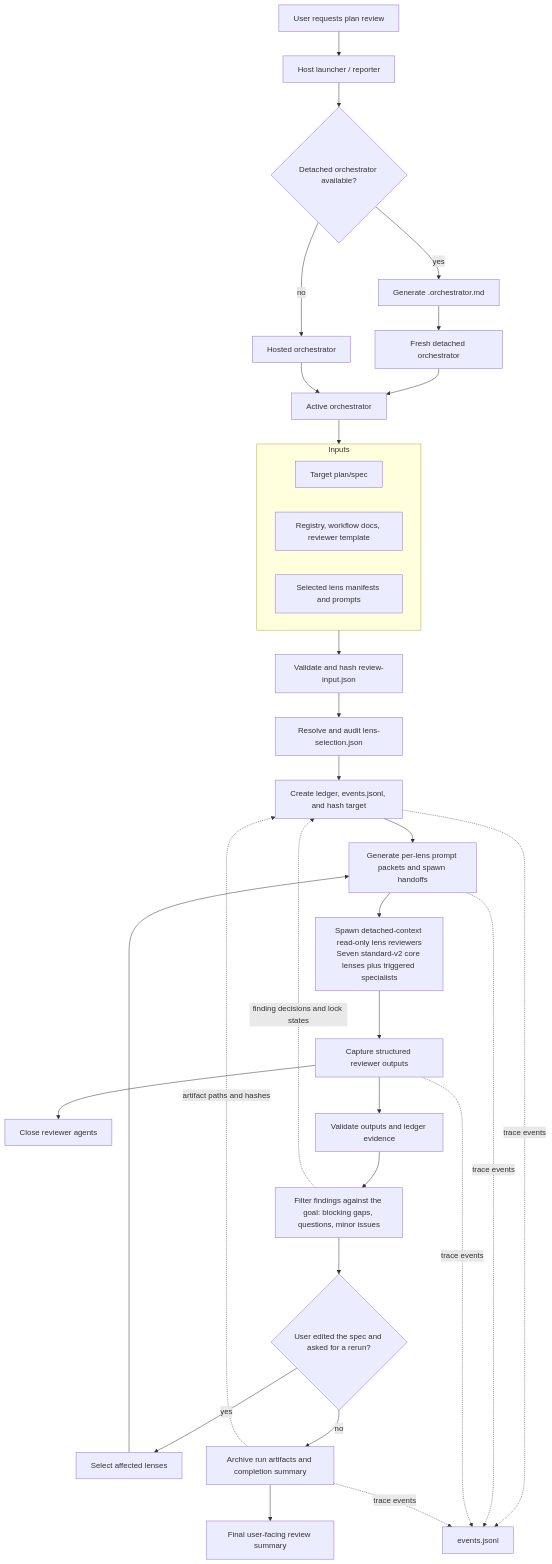
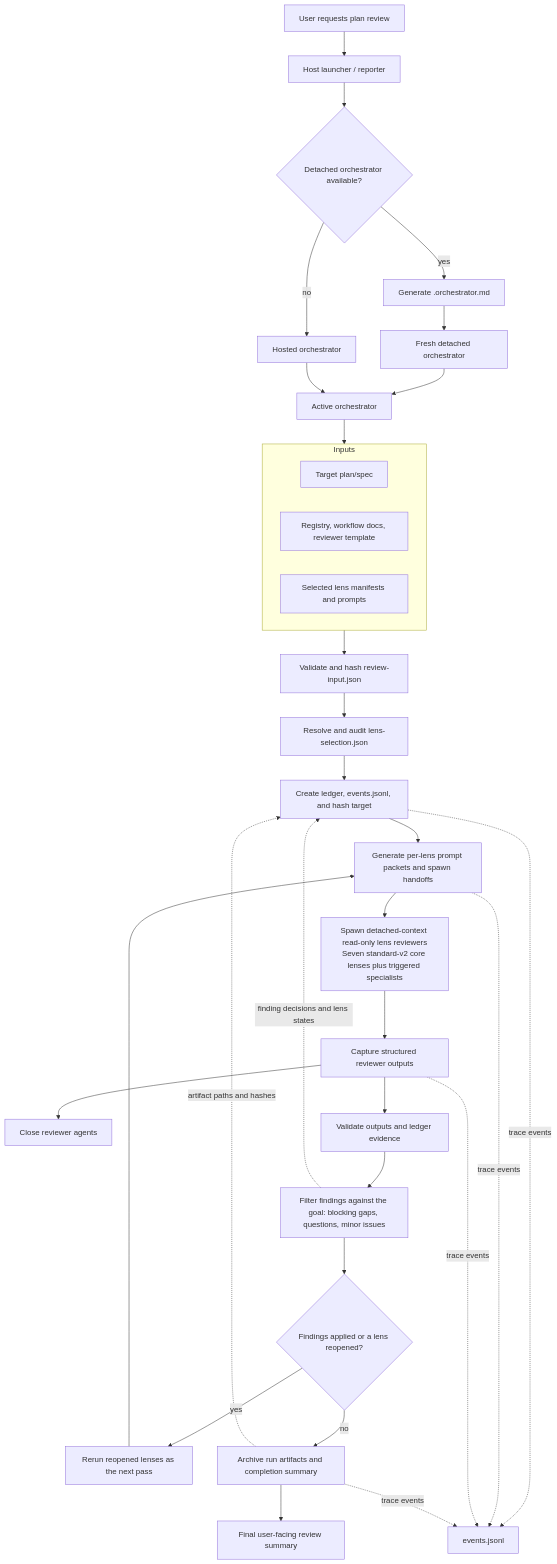
Before and after one commit to 540lyle/lens-temper: the diagram in docs/agent-flow.md, drawn with Mermaid. The commit also changed other lines of this file and 81 other files, not shown here.

First line of the commit message:
feat(mechanics): open/settled lens states, reruns from applied findings, pass lineage, --root (Phase 3)

````diff
--- a/docs/agent-flow.md
+++ b/docs/agent-flow.md
@@ -10,44 +10,44 @@
 ```mermaid
 flowchart TD
   User["User requests plan review"] --> Launcher["Host launcher / reporter"]
   Launcher --> Mode{"Detached orchestrator available?"}
   Mode -- yes --> Packet["Generate <pass-id>.orchestrator.md"]
   Packet --> Detached["Fresh detached orchestrator"]
   Mode -- no --> Hosted["Hosted orchestrator"]
   Detached --> Orchestrator["Active orchestrator"]
   Hosted --> Orchestrator
 
   subgraph Inputs["Inputs"]
     Target["Target plan/spec"]
     Registry["Registry, workflow docs, reviewer template"]
     Lenses["Selected lens manifests and prompts"]
   end
 
   Orchestrator --> Inputs
   Inputs --> Contract["Validate and hash review-input.json"]
   Contract --> Select["Resolve and audit lens-selection.json"]
   Select --> Prep["Create ledger, events.jsonl, and hash target"]
   Prep --> Generate["Generate per-lens prompt packets and spawn handoffs"]
 
   Generate --> Wave["Spawn detached-context read-only lens reviewers<br/>Seven standard-v2 core lenses plus triggered specialists"]
 
   Wave --> Outputs["Capture structured reviewer outputs"]
   Outputs --> Close["Close reviewer agents"]
   Outputs --> Validate["Validate outputs and ledger evidence"]
 
   Validate --> Synthesis["Filter findings against the goal: blocking gaps, questions, minor issues"]
-  Synthesis --> Rerun{"User edited the spec and asked for a rerun?"}
+  Synthesis --> Rerun{"Findings applied or a lens reopened?"}
 
-  Rerun -- yes --> Affected["Select affected lenses"]
+  Rerun -- yes --> Affected["Rerun reopened lenses as the next pass"]
   Affected --> Generate
 
   Rerun -- no --> Archive["Archive run artifacts and completion summary"]
   Archive --> Final["Final user-facing review summary"]
 
-  Synthesis -. "finding decisions and lock states" .-> Prep
+  Synthesis -. "finding decisions and lens states" .-> Prep
   Archive -. "artifact paths and hashes" .-> Prep
   Prep -. "trace events" .-> Trace["events.jsonl"]
   Generate -. "trace events" .-> Trace
   Outputs -. "trace events" .-> Trace
   Archive -. "trace events" .-> Trace
 ```
````
